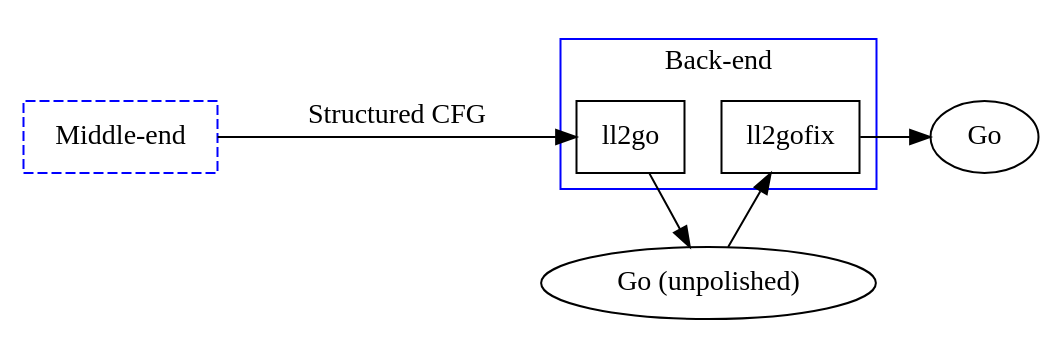
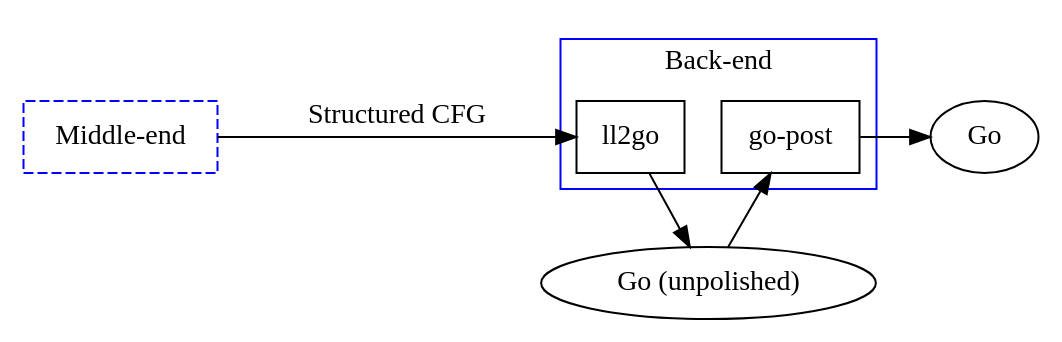
One commit to decomp/doc changed the diagram in inc/back-end.dot. Above: the diagram before and after it, drawn with Graphviz. The commit also changed 13 other files, not shown here.

```diff
--- a/inc/back-end.dot
+++ b/inc/back-end.dot
@@ -1,30 +1,30 @@
 digraph G {
 	newrank=true
 
 	// Middle-end
 	Middle [label="Middle-end" shape=box style=dashed color=blue]
 
 	// Back-end
 	subgraph cluster {
 		label="Back-end"
 		color=blue
 		ll2go [label="ll2go" shape=box]
-		ll2gofix [label="ll2gofix" shape=box]
+		post [label="go-post" shape=box]
 	}
 
 	// Temporary output.
 	tmp [label="Go (unpolished)"]
 
 	// Output
 	Out [label="Go"]
 
 	// Middle-end -> back-end
 	Middle -> ll2go [label="Structured CFG" minlen=5]
 
 	// Back-end -> output
 	ll2go -> tmp
-	tmp -> ll2gofix
-	ll2gofix -> Out
+	tmp -> post
+	post -> Out
 
-	{rank=same Middle ll2go ll2gofix Out}
+	{rank=same Middle ll2go post Out}
 }
```
